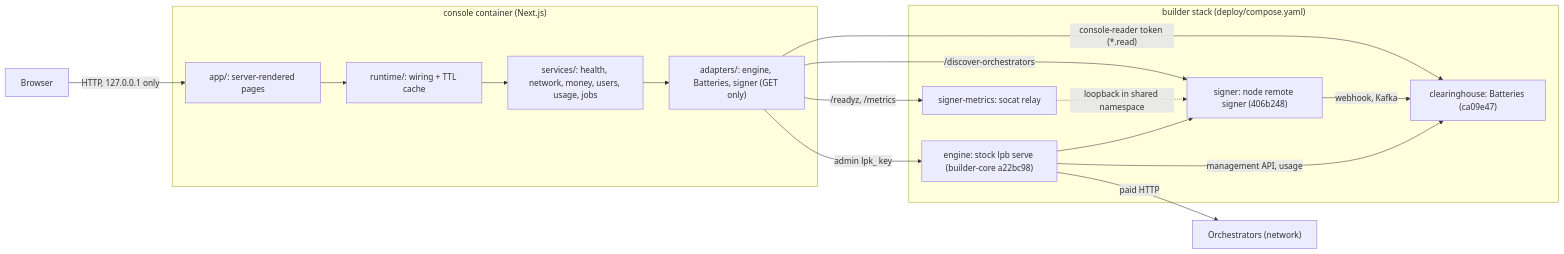
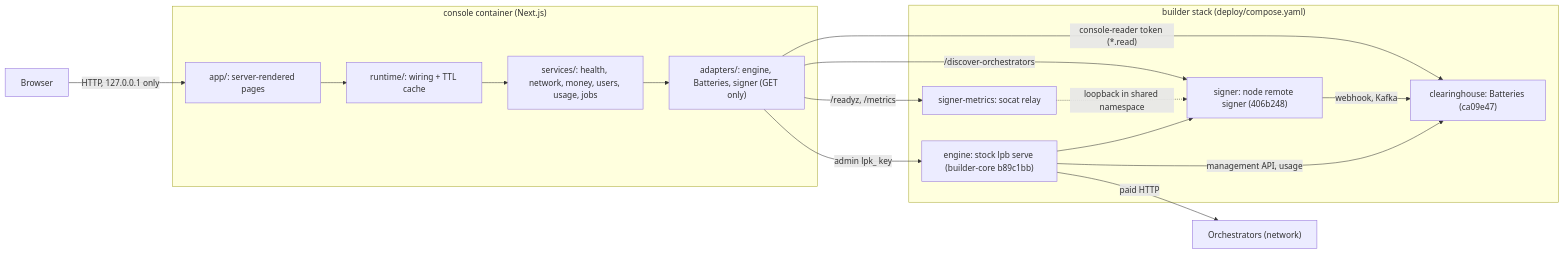
Before and after one commit to NE-Build-Track/builder-core-console: the first of 2 diagrams in ARCHITECTURE.md, drawn with Mermaid. The commit also changed 7 other files, not shown here.

First line of the commit message:
Re-pin the engine to builder-core b89c1bb, the merge of PR #41

````diff
--- a/ARCHITECTURE.md
+++ b/ARCHITECTURE.md
@@ -9,25 +9,25 @@
 ```mermaid
 flowchart LR
     Browser["Browser"]
     subgraph Console["console container (Next.js)"]
         Pages["app/: server-rendered pages"]
         RT["runtime/: wiring + TTL cache"]
         SVC["services/: health, network, money, users, usage, jobs"]
         AD["adapters/: engine, Batteries, signer (GET only)"]
     end
     subgraph Stack["builder stack (deploy/compose.yaml)"]
-        Engine["engine: stock lpb serve (builder-core a22bc98)"]
+        Engine["engine: stock lpb serve (builder-core b89c1bb)"]
         Bat["clearinghouse: Batteries (ca09e47)"]
         Signer["signer: node remote signer (406b248)"]
         Relay["signer-metrics: socat relay"]
     end
     Orch["Orchestrators (network)"]
     Browser -->|"HTTP, 127.0.0.1 only"| Pages --> RT --> SVC --> AD
     AD -->|"admin lpk_ key"| Engine
     AD -->|"console-reader token (*.read)"| Bat
     AD -->|"/discover-orchestrators"| Signer
     AD -->|"/readyz, /metrics"| Relay -.->|"loopback in shared namespace"| Signer
     Engine --> Signer -->|"webhook, Kafka"| Bat
     Engine -->|"paid HTTP"| Orch
     Engine -->|"management API, usage"| Bat
 ```
````
